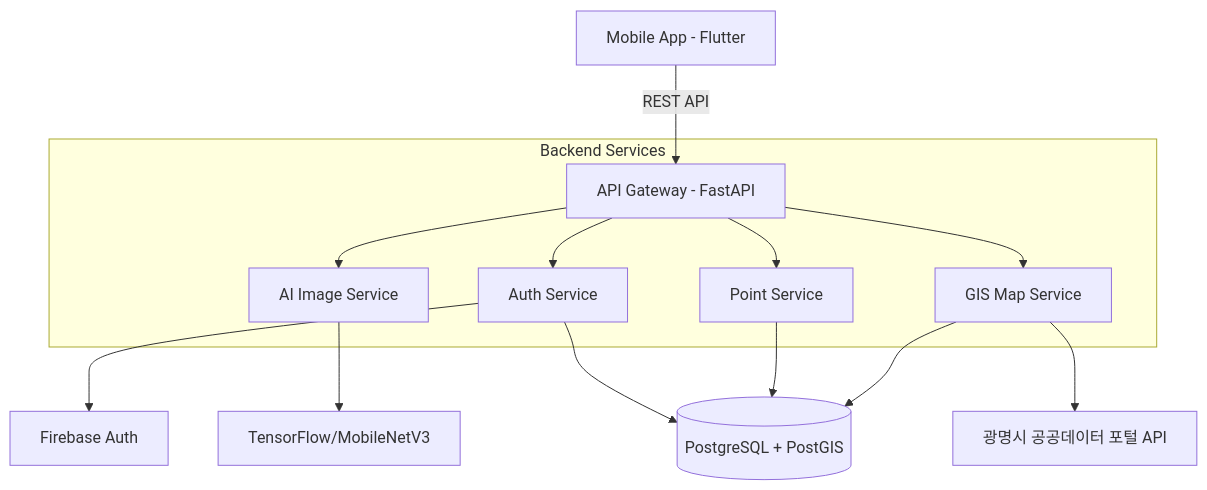
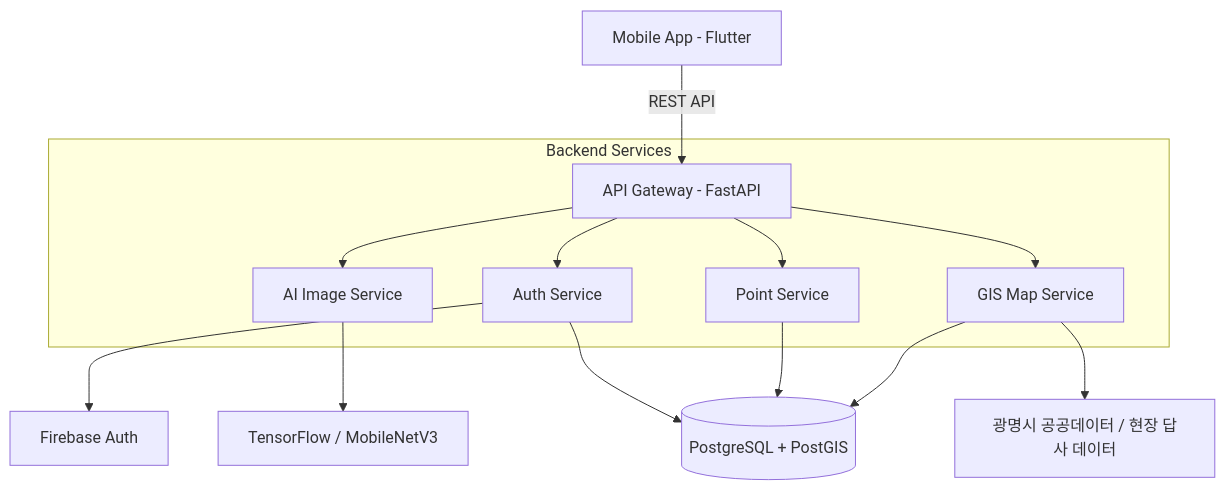
One commit to iNtuitionP/ecomap changed the first of 2 diagrams in README.md. Above: the diagram before and after it, drawn with Mermaid. The commit also changed other lines of this file, not shown here.

````diff
--- a/README.md
+++ b/README.md
@@ -37,20 +120,20 @@
 ```mermaid
 graph TD
-    Client[Mobile App - Flutter] -->|REST API| API_Gateway[API Gateway - FastAPI]
-    
+    Client[Mobile App - Flutter] -->|REST API| API[API Gateway - FastAPI]
+
     subgraph Backend Services
-        API_Gateway --> Auth[Auth Service]
-        API_Gateway --> AI[AI Image Service]
-        API_Gateway --> Map[GIS Map Service]
-        API_Gateway --> Reward[Point Service]
+        API --> Auth[Auth Service]
+        API --> AI[AI Image Service]
+        API --> Map[GIS Map Service]
+        API --> Reward[Point Service]
     end
-    
-    AI --> Model[TensorFlow/MobileNetV3]
+
     Auth --> Firebase[Firebase Auth]
-    
+    AI --> Model[TensorFlow / MobileNetV3]
+
     Map --> DB[(PostgreSQL + PostGIS)]
     Reward --> DB
     Auth --> DB
-    
-    Map --> ExternalAPI[광명시 공공데이터 포털 API]
+
+    Map --> OpenData[광명시 공공데이터 / 현장 답사 데이터]
 ```
````
